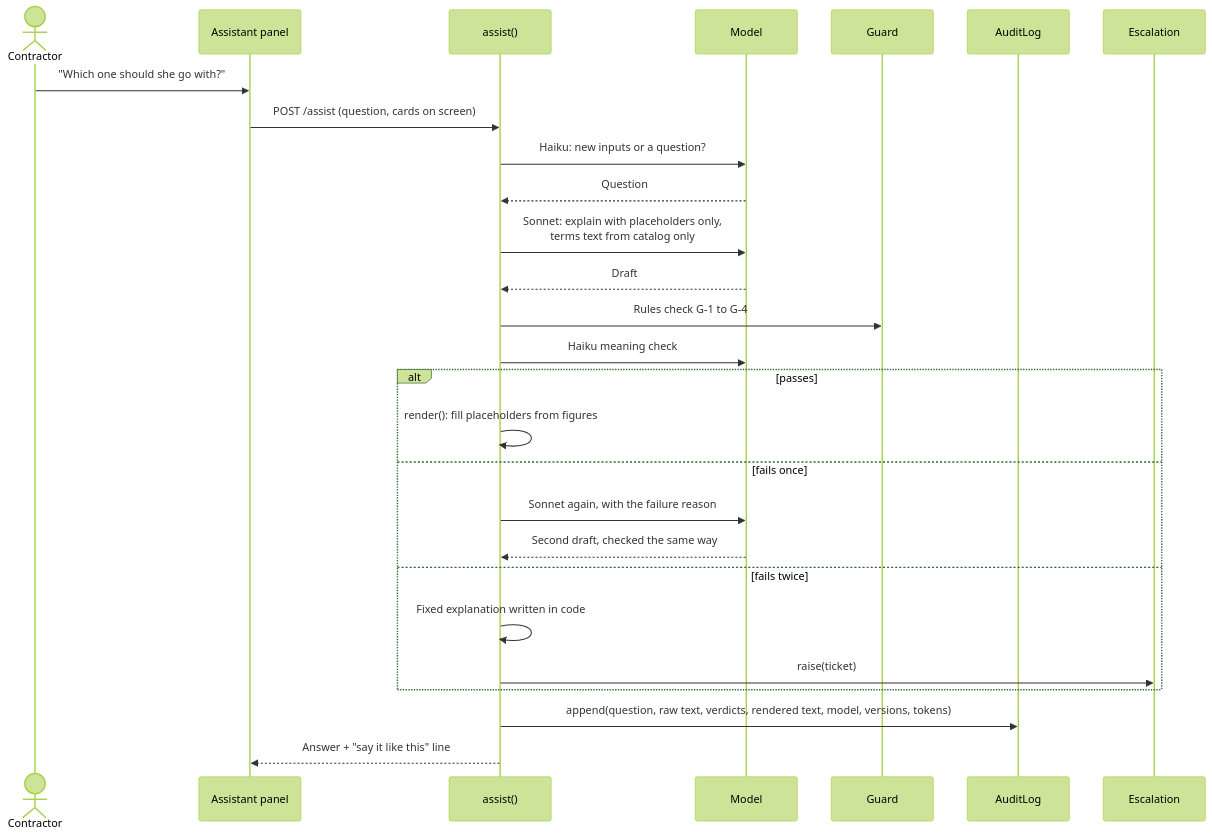
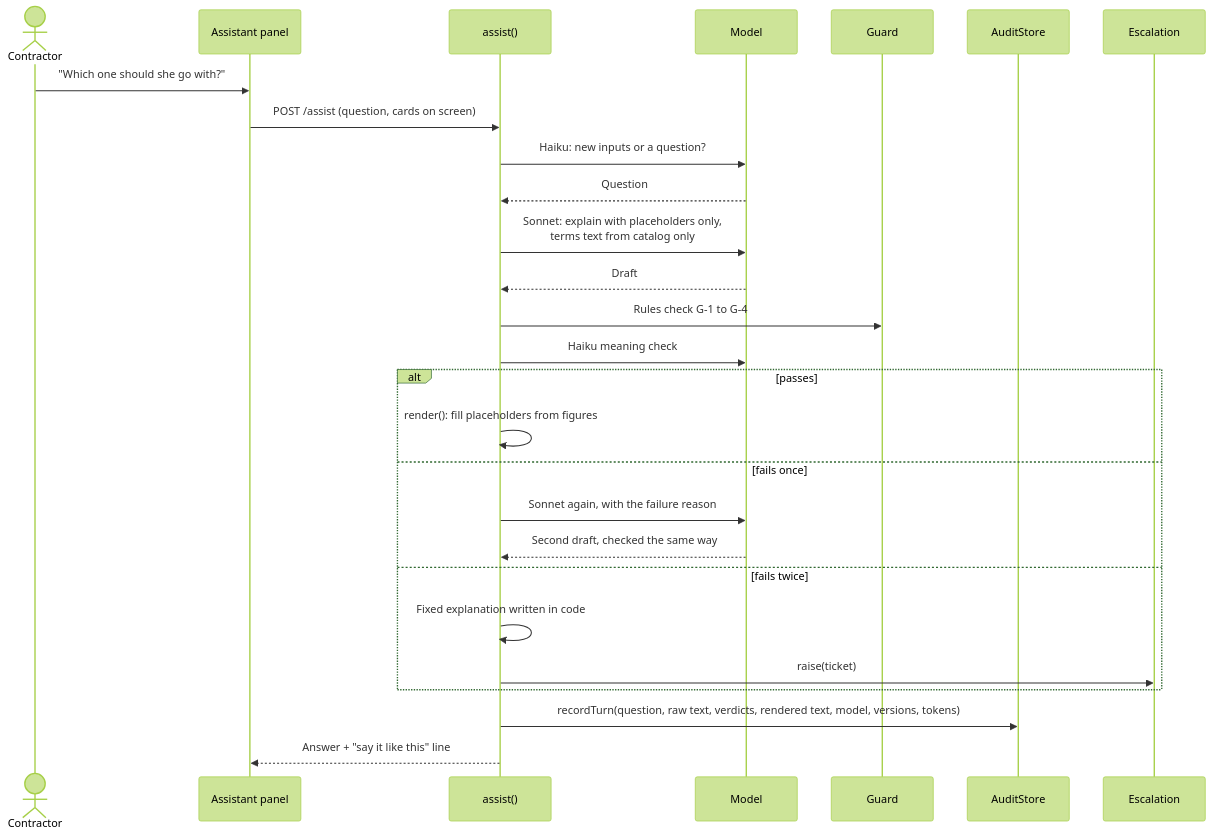
Before and after one commit to debudash/loanapp-contractorassist: the fifth of 6 diagrams in docs/architecture.md, drawn with Mermaid (forest theme). The commit also changed other lines of this file and 15 other files, not shown here.

First line of the commit message:
Add decision engine mock, consent and audit store (slice 3)

````diff
--- a/docs/architecture.md
+++ b/docs/architecture.md
@@ -228,30 +231,30 @@
 ```mermaid
 sequenceDiagram
   actor C as Contractor
   participant UI as Assistant panel
   participant S as assist()
   participant M as Model
   participant G as Guard
-  participant AL as AuditLog
+  participant AL as AuditStore
   participant E as Escalation
 
   C->>UI: "Which one should she go with?"
   UI->>S: POST /assist (question, cards on screen)
   S->>M: Haiku: new inputs or a question?
   M-->>S: Question
   S->>M: Sonnet: explain with placeholders only,<br/>terms text from catalog only
   M-->>S: Draft
   S->>G: Rules check G-1 to G-4
   S->>M: Haiku meaning check
   alt passes
     S->>S: render(): fill placeholders from figures
   else fails once
     S->>M: Sonnet again, with the failure reason
     M-->>S: Second draft, checked the same way
   else fails twice
     S->>S: Fixed explanation written in code
     S->>E: raise(ticket)
   end
-  S->>AL: append(question, raw text, verdicts, rendered text, model, versions, tokens)
+  S->>AL: recordTurn(question, raw text, verdicts, rendered text, model, versions, tokens)
   S-->>UI: Answer + "say it like this" line
 ```
````
